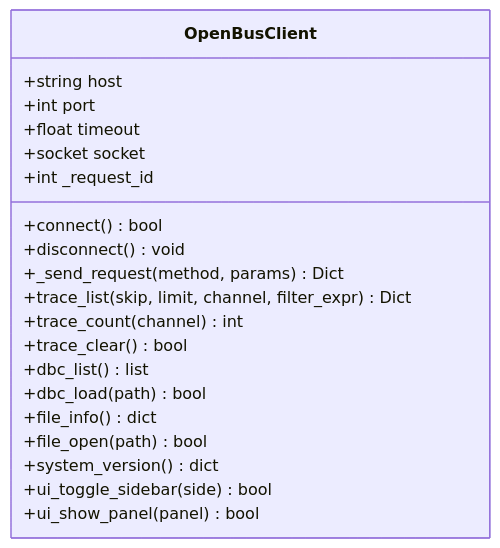
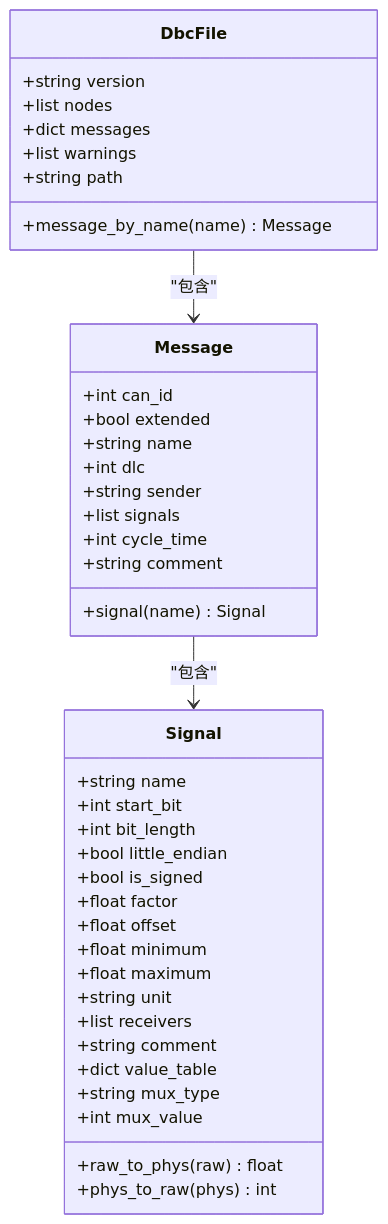
Before and after one commit to jakecai1225-design/OpenBus: the fifth of 7 diagrams in .qoder/repowiki/zh/content/开发指南/Python SDK开发指南.md, drawn with Mermaid. The commit also changed other lines of this file and 151 other files, not shown here.

````diff
--- a/.qoder/repowiki/zh/content/开发指南/Python SDK开发指南.md
+++ b/.qoder/repowiki/zh/content/开发指南/Python SDK开发指南.md
@@ -268,23 +237,43 @@
 ```mermaid
 classDiagram
-class OpenBusClient {
-+string host
-+int port
-+float timeout
-+socket socket
-+int _request_id
-+connect() bool
-+disconnect() void
-+_send_request(method, params) Dict
-+trace_list(skip, limit, channel, filter_expr) Dict
-+trace_count(channel) int
-+trace_clear() bool
-+dbc_list() list
-+dbc_load(path) bool
-+file_info() dict
-+file_open(path) bool
-+system_version() dict
-+ui_toggle_sidebar(side) bool
-+ui_show_panel(panel) bool
+class DbcFile {
++string version
++list nodes
++dict messages
++list warnings
++string path
++message_by_name(name) Message
 }
+class Message {
++int can_id
++bool extended
++string name
++int dlc
++string sender
++list signals
++int cycle_time
++string comment
++signal(name) Signal
+}
+class Signal {
++string name
++int start_bit
++int bit_length
++bool little_endian
++bool is_signed
++float factor
++float offset
++float minimum
++float maximum
++string unit
++list receivers
++string comment
++dict value_table
++string mux_type
++int mux_value
++raw_to_phys(raw) float
++phys_to_raw(phys) int
+}
+DbcFile --> Message : "包含"
+Message --> Signal : "包含"
 ```
````
